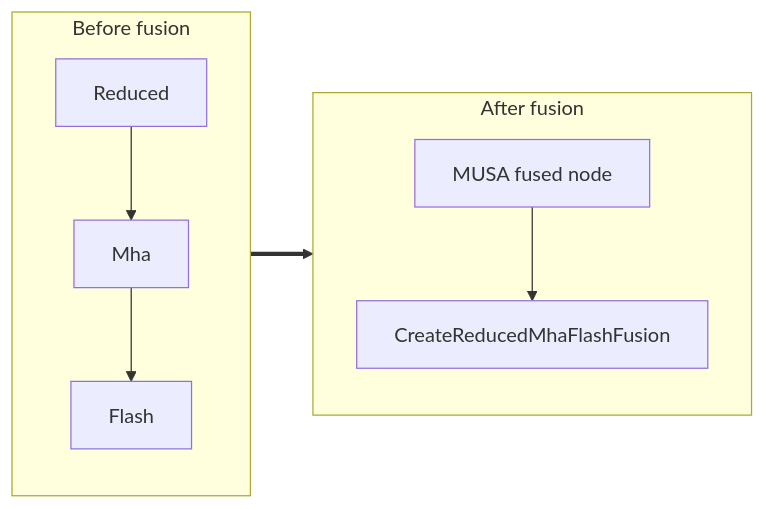
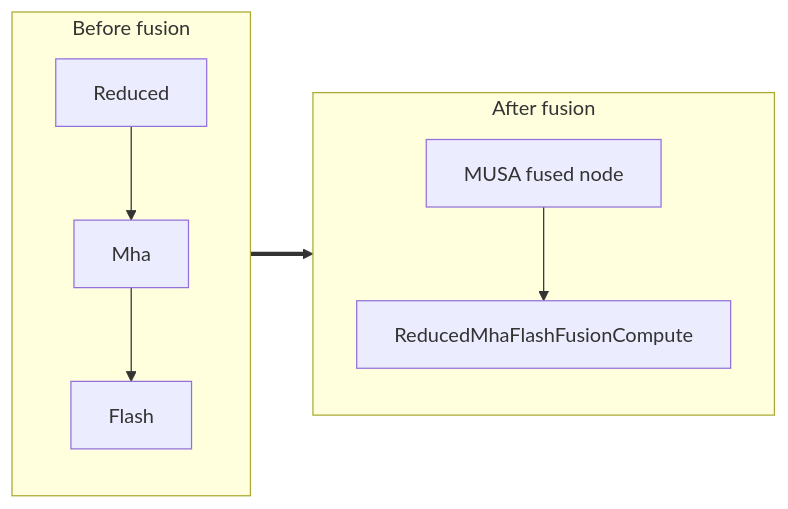
One commit to MooreThreads/onnxruntime-musa changed the diagram in musa/docs/fusion/reduced_mha_flash.md. Above: the diagram before and after it, drawn with Mermaid. The commit also changed other lines of this file and 45 other files, not shown here.

````diff
--- a/musa/docs/fusion/reduced_mha_flash.md
+++ b/musa/docs/fusion/reduced_mha_flash.md
@@ -24,16 +24,16 @@
 ```mermaid
 flowchart LR
   subgraph Before[Before fusion]
     B0["Reduced"]
     B1["Mha"]
     B0 --> B1
     B2["Flash"]
     B1 --> B2
   end
   subgraph After[After fusion]
     A0["MUSA fused node"]
-    A1["CreateReducedMhaFlashFusion"]
+    A1["ReducedMhaFlashFusionCompute"]
     A0 --> A1
   end
   Before ==> After
 ```
````
